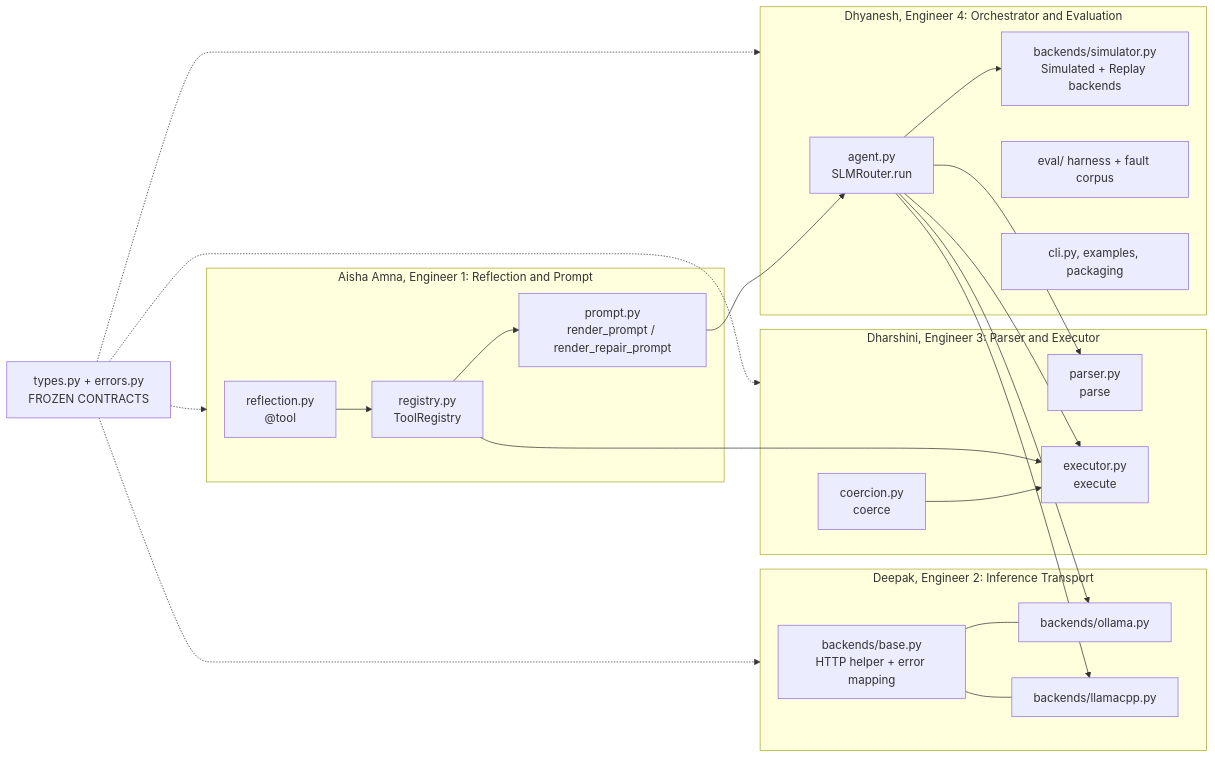
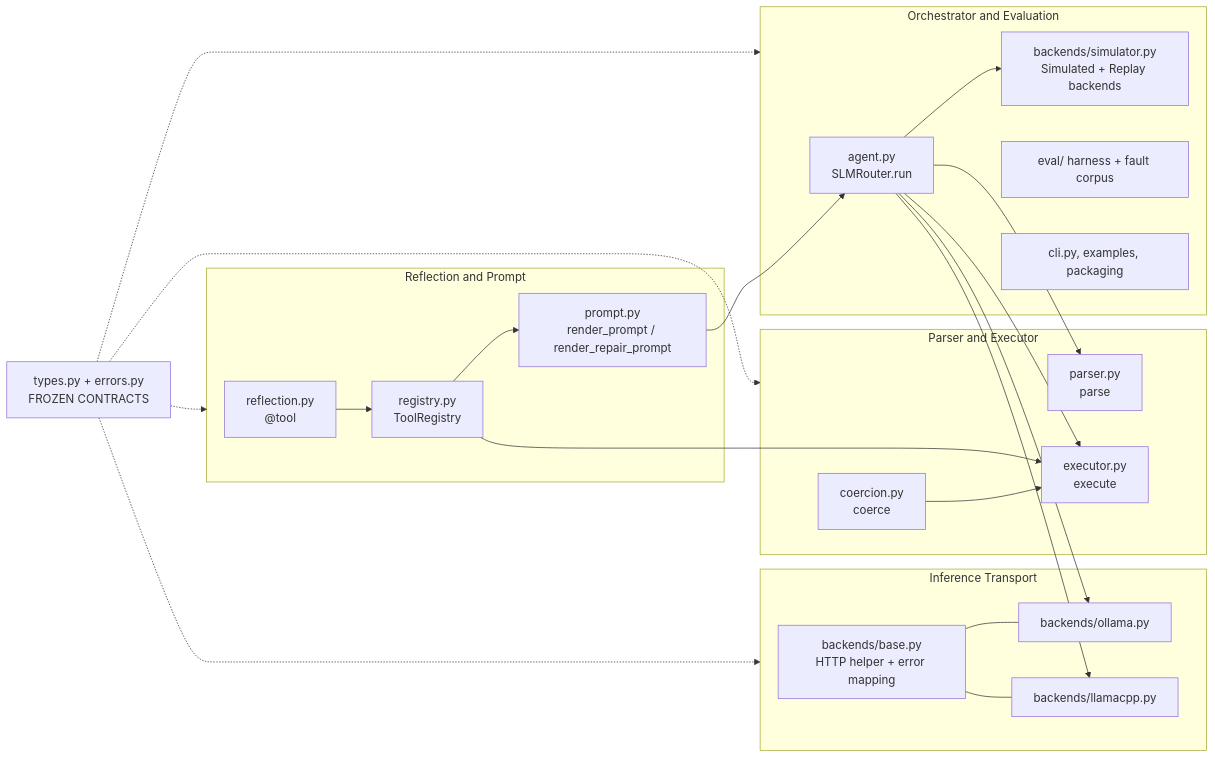
The third of 6 diagrams in ARCHITECTURE.md (DYNAMOatGHUB/SLM-Router), drawn with Mermaid before and after one commit. The commit also changed other lines of this file and 2 other files, not shown here.

First line of the commit message:
Docs: describe single-maintainer ownership in ARCHITECTURE.md (v1.3)

````diff
--- a/ARCHITECTURE.md
+++ b/ARCHITECTURE.md
@@ -191,38 +191,38 @@
 ```mermaid
 flowchart LR
-    subgraph E1["Aisha Amna, Engineer 1: Reflection and Prompt"]
+    subgraph C1["Reflection and Prompt"]
         R["reflection.py<br/>@tool"] --> REG["registry.py<br/>ToolRegistry"]
         REG --> PR["prompt.py<br/>render_prompt / render_repair_prompt"]
     end
-    subgraph E2["Deepak, Engineer 2: Inference Transport"]
+    subgraph C2["Inference Transport"]
         B["backends/base.py<br/>HTTP helper + error mapping"]
         O["backends/ollama.py"]
         L["backends/llamacpp.py"]
         B --- O
         B --- L
     end
-    subgraph E3["Dharshini, Engineer 3: Parser and Executor"]
+    subgraph C3["Parser and Executor"]
         PA["parser.py<br/>parse"]
         CO["coercion.py<br/>coerce"]
         EX["executor.py<br/>execute"]
         CO --> EX
     end
-    subgraph E4["Dhyanesh, Engineer 4: Orchestrator and Evaluation"]
+    subgraph C4["Orchestrator and Evaluation"]
         AG["agent.py<br/>SLMRouter.run"]
         SIM["backends/simulator.py<br/>Simulated + Replay backends"]
         EV["eval/ harness + fault corpus"]
         CLI["cli.py, examples, packaging"]
     end
     T["types.py + errors.py<br/>FROZEN CONTRACTS"]
     PR --> AG
     AG --> O
     AG --> L
     AG --> SIM
     AG --> PA
     AG --> EX
     REG --> EX
-    T -.-> E1
-    T -.-> E2
-    T -.-> E3
-    T -.-> E4
+    T -.-> C1
+    T -.-> C2
+    T -.-> C3
+    T -.-> C4
 ```
````
